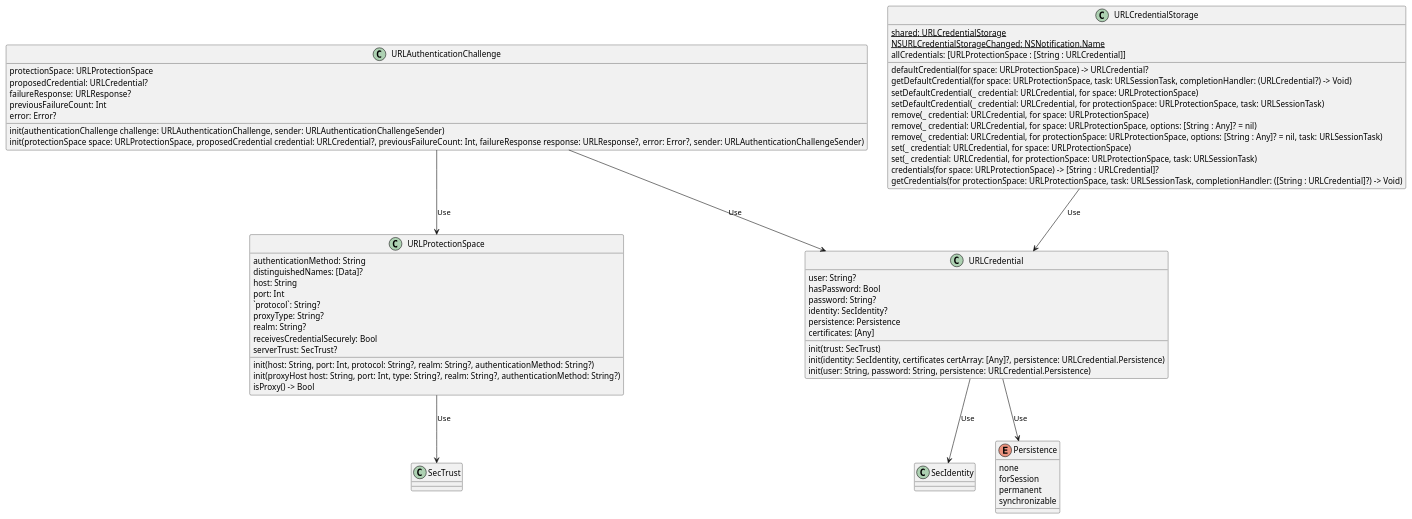
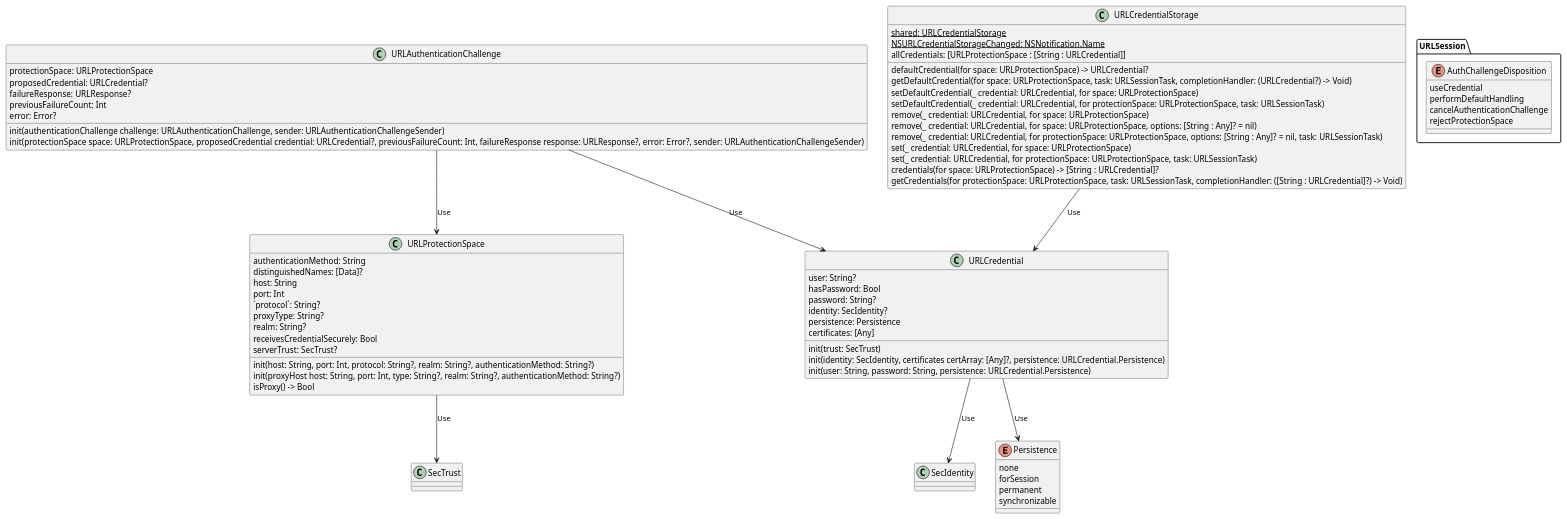
Before and after one commit to Huang-Libo/Notebook: the diagram in Diagram/AuthenticationAndCredentials.puml, drawn with PlantUML.

```diff
--- a/Diagram/AuthenticationAndCredentials.puml
+++ b/Diagram/AuthenticationAndCredentials.puml
@@ -1,84 +1,91 @@
 @startuml Authentication and Credentials
+
+enum URLSession.AuthChallengeDisposition {
+    useCredential
+    performDefaultHandling
+    cancelAuthenticationChallenge
+    rejectProtectionSpace
+}
 
 class URLAuthenticationChallenge {
     protectionSpace: URLProtectionSpace
     proposedCredential: URLCredential?
     failureResponse: URLResponse?
     previousFailureCount: Int
     error: Error?
 
     init(authenticationChallenge challenge: URLAuthenticationChallenge, sender: URLAuthenticationChallengeSender)
     init(protectionSpace space: URLProtectionSpace, proposedCredential credential: URLCredential?, previousFailureCount: Int, failureResponse response: URLResponse?, error: Error?, sender: URLAuthenticationChallengeSender)
 }
 
 class URLCredential {
     user: String?
     hasPassword: Bool
     password: String?
     identity: SecIdentity?
     persistence: Persistence
     certificates: [Any]
 
     init(trust: SecTrust)
     init(identity: SecIdentity, certificates certArray: [Any]?, persistence: URLCredential.Persistence)
     init(user: String, password: String, persistence: URLCredential.Persistence)
 
 }
 
 enum Persistence {
     none
     forSession
     permanent
     synchronizable
 }
 
 class URLCredentialStorage {
     {static} shared: URLCredentialStorage
     {static} NSURLCredentialStorageChanged: NSNotification.Name
     allCredentials: [URLProtectionSpace : [String : URLCredential]]
 
     defaultCredential(for space: URLProtectionSpace) -> URLCredential?
     getDefaultCredential(for space: URLProtectionSpace, task: URLSessionTask, completionHandler: (URLCredential?) -> Void)
     setDefaultCredential(_ credential: URLCredential, for space: URLProtectionSpace)
     setDefaultCredential(_ credential: URLCredential, for protectionSpace: URLProtectionSpace, task: URLSessionTask)
     remove(_ credential: URLCredential, for space: URLProtectionSpace)
     remove(_ credential: URLCredential, for space: URLProtectionSpace, options: [String : Any]? = nil)
     remove(_ credential: URLCredential, for protectionSpace: URLProtectionSpace, options: [String : Any]? = nil, task: URLSessionTask)
     set(_ credential: URLCredential, for space: URLProtectionSpace)
     set(_ credential: URLCredential, for protectionSpace: URLProtectionSpace, task: URLSessionTask)
     credentials(for space: URLProtectionSpace) -> [String : URLCredential]?
     getCredentials(for protectionSpace: URLProtectionSpace, task: URLSessionTask, completionHandler: ([String : URLCredential]?) -> Void)
 }
 
 class URLProtectionSpace {
     authenticationMethod: String
     distinguishedNames: [Data]?
     host: String
     port: Int
     `protocol`: String?
     proxyType: String?
     realm: String?
     receivesCredentialSecurely: Bool
     serverTrust: SecTrust?
 
     init(host: String, port: Int, protocol: String?, realm: String?, authenticationMethod: String?)
     init(proxyHost host: String, port: Int, type: String?, realm: String?, authenticationMethod: String?)
     isProxy() -> Bool
 }
 
 class SecTrust {
 
 }
 
 class SecIdentity {
 
 }
 
 URLAuthenticationChallenge --> URLCredential: Use
 URLAuthenticationChallenge --> URLProtectionSpace: Use
 URLCredential --> Persistence: Use
 URLCredential --> SecIdentity: Use
 URLCredentialStorage --> URLCredential: Use
 URLProtectionSpace --> SecTrust: Use
 
 @enduml
```
